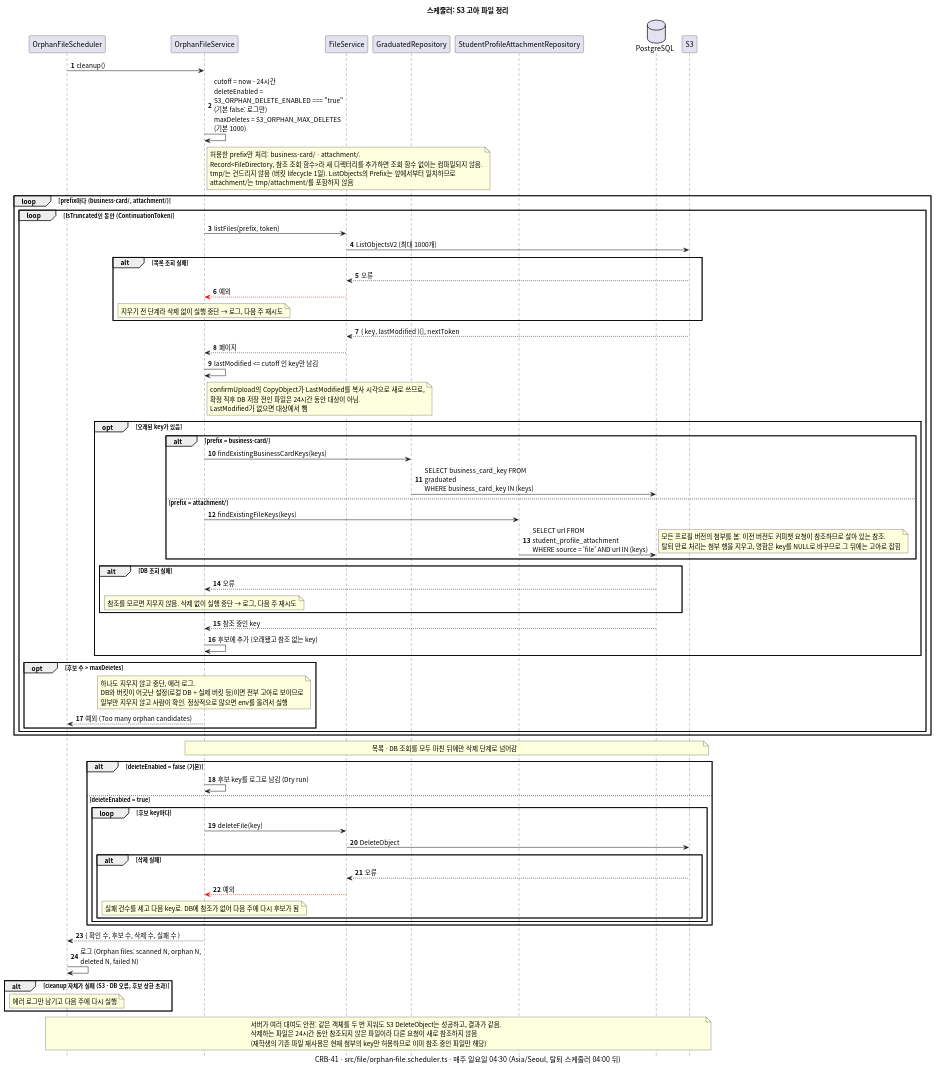
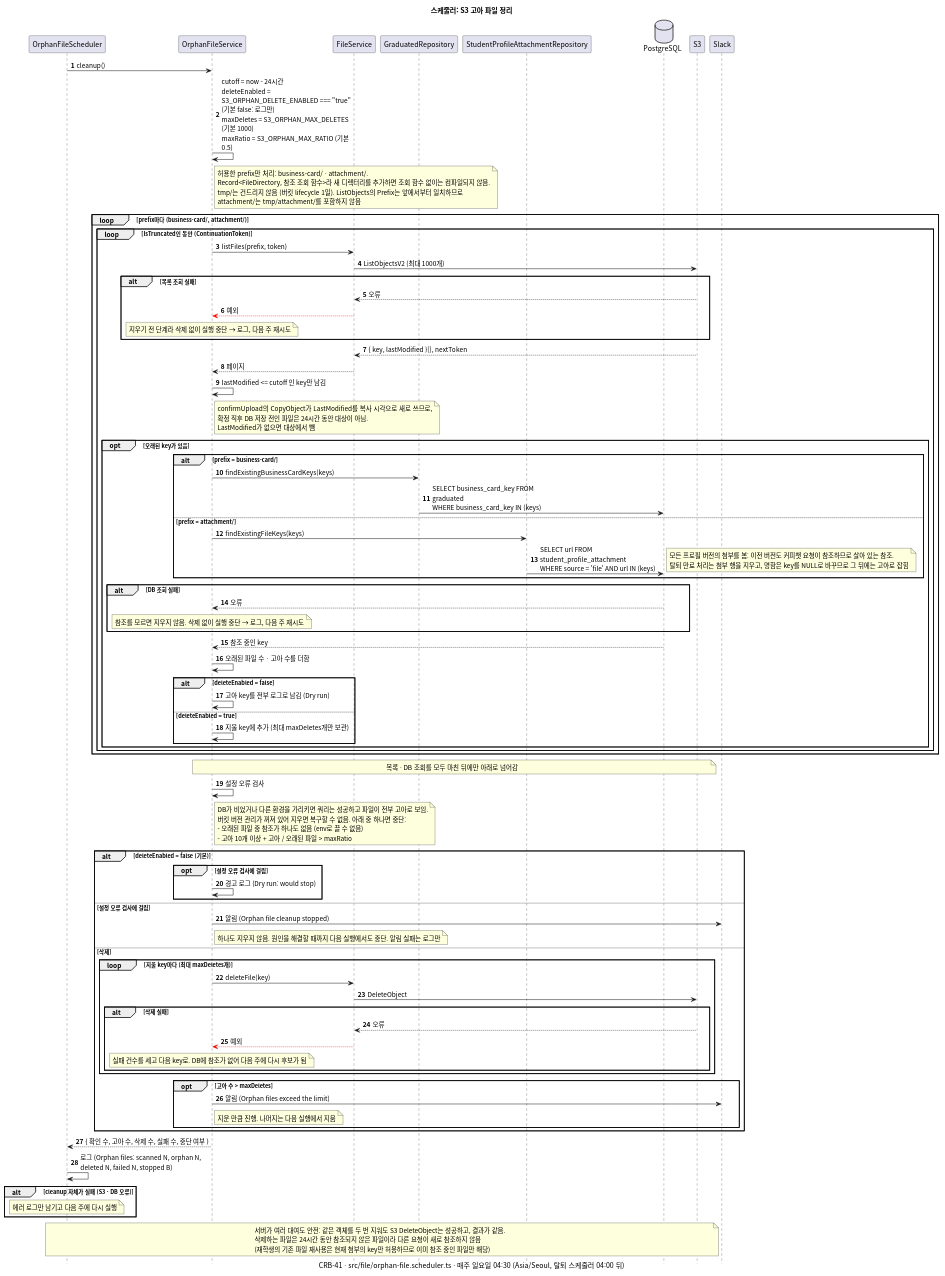
The diagram in docs/sequence/flow/s3-orphan-cleanup.puml (gsainfoteam/cheers-be), drawn with PlantUML before and after one commit. The commit also changed 6 other files, not shown here.

Commit message:
- bug: stop orphan cleanup on suspicious scans and limit deletes per run (CRB-41)

```diff
--- a/docs/sequence/flow/s3-orphan-cleanup.puml
+++ b/docs/sequence/flow/s3-orphan-cleanup.puml
@@ -1,108 +1,122 @@
 @startuml s3-orphan-cleanup
 skinparam defaultFontName "Apple SD Gothic Neo", "Noto Sans CJK KR", sans-serif
 skinparam responseMessageBelowArrow true
 skinparam sequenceMessageAlign left
 skinparam maxMessageSize 260
 skinparam BoxPadding 8
 skinparam shadowing false
 autonumber
 hide footbox
 
 title 스케줄러: S3 고아 파일 정리
 caption CRB-41 · src/file/orphan-file.scheduler.ts · 매주 일요일 04:30 (Asia/Seoul, 탈퇴 스케줄러 04:00 뒤)
 
 participant "OrphanFileScheduler" as Scheduler
 participant "OrphanFileService" as Service
 participant "FileService" as FileService
 participant "GraduatedRepository" as GraduatedRepository
 participant "StudentProfileAttachmentRepository" as AttachmentRepository
 database PostgreSQL
 participant "S3"
+participant "Slack"
 
 Scheduler -> Service: cleanup()
-Service -> Service: cutoff = now - 24시간\ndeleteEnabled = S3_ORPHAN_DELETE_ENABLED === "true" (기본 false: 로그만)\nmaxDeletes = S3_ORPHAN_MAX_DELETES (기본 1000)
+Service -> Service: cutoff = now - 24시간\ndeleteEnabled = S3_ORPHAN_DELETE_ENABLED === "true" (기본 false: 로그만)\nmaxDeletes = S3_ORPHAN_MAX_DELETES (기본 1000)\nmaxRatio = S3_ORPHAN_MAX_RATIO (기본 0.5)
 note right of Service
   허용한 prefix만 처리: business-card/ · attachment/.
   Record<FileDirectory, 참조 조회 함수>라 새 디렉터리를 추가하면 조회 함수 없이는 컴파일되지 않음.
   tmp/는 건드리지 않음 (버킷 lifecycle 1일). ListObjects의 Prefix는 앞에서부터 일치하므로
   attachment/는 tmp/attachment/를 포함하지 않음
 end note
 
 loop prefix마다 (business-card/, attachment/)
   loop IsTruncated인 동안 (ContinuationToken)
     Service -> FileService: listFiles(prefix, token)
     FileService -> S3: ListObjectsV2 (최대 1000개)
     alt 목록 조회 실패
       S3 --> FileService: 오류
       FileService -[#red]-> Service: 예외
       note over Service: 지우기 전 단계라 삭제 없이 실행 중단 → 로그, 다음 주 재시도
     end
     S3 --> FileService: { key, lastModified }[], nextToken
     FileService --> Service: 페이지
 
     Service -> Service: lastModified <= cutoff 인 key만 남김
     note right of Service
       confirmUpload의 CopyObject가 LastModified를 복사 시각으로 새로 쓰므로,
       확정 직후 DB 저장 전인 파일은 24시간 동안 대상이 아님.
       LastModified가 없으면 대상에서 뺌
     end note
 
     opt 오래된 key가 있음
       alt prefix = business-card/
         Service -> GraduatedRepository: findExistingBusinessCardKeys(keys)
         GraduatedRepository -> PostgreSQL: SELECT business_card_key FROM graduated\nWHERE business_card_key IN (keys)
       else prefix = attachment/
         Service -> AttachmentRepository: findExistingFileKeys(keys)
         AttachmentRepository -> PostgreSQL: SELECT url FROM student_profile_attachment\nWHERE source = 'file' AND url IN (keys)
         note right
           모든 프로필 버전의 첨부를 봄: 이전 버전도 커피챗 요청이 참조하므로 살아 있는 참조.
           탈퇴 만료 처리는 첨부 행을 지우고, 명함은 key를 NULL로 바꾸므로 그 뒤에는 고아로 잡힘
         end note
       end
       alt DB 조회 실패
         PostgreSQL --> Service: 오류
         note over Service: 참조를 모르면 지우지 않음. 삭제 없이 실행 중단 → 로그, 다음 주 재시도
       end
       PostgreSQL --> Service: 참조 중인 key
-      Service -> Service: 후보에 추가 (오래됐고 참조 없는 key)
-    end
-
-    opt 후보 수 > maxDeletes
-      note over Service
-        하나도 지우지 않고 중단, 에러 로그.
-        DB와 버킷이 어긋난 설정(로컬 DB + 실제 버킷 등)이면 전부 고아로 보이므로
-        일부만 지우지 않고 사람이 확인. 정상적으로 많으면 env를 올려서 실행
-      end note
-      Service --> Scheduler: 예외 (Too many orphan candidates)
+      Service -> Service: 오래된 파일 수 · 고아 수를 더함
+      alt deleteEnabled = false
+        Service -> Service: 고아 key를 전부 로그로 남김 (Dry run)
+      else deleteEnabled = true
+        Service -> Service: 지울 key에 추가 (최대 maxDeletes개만 보관)
+      end
     end
   end
 end
-note over Service, S3: 목록 · DB 조회를 모두 마친 뒤에만 삭제 단계로 넘어감
+note over Service, S3: 목록 · DB 조회를 모두 마친 뒤에만 아래로 넘어감
+
+Service -> Service: 설정 오류 검사
+note right of Service
+  DB가 비었거나 다른 환경을 가리키면 쿼리는 성공하고 파일이 전부 고아로 보임.
+  버킷 버전 관리가 꺼져 있어 지우면 복구할 수 없음. 아래 중 하나면 중단:
+  - 오래된 파일 중 참조가 하나도 없음 (env로 끌 수 없음)
+  - 고아 10개 이상 + 고아 / 오래된 파일 > maxRatio
+end note
 
 alt deleteEnabled = false (기본)
-  Service -> Service: 후보 key를 로그로 남김 (Dry run)
-else deleteEnabled = true
-  loop 후보 key마다
+  opt 설정 오류 검사에 걸림
+    Service -> Service: 경고 로그 (Dry run: would stop)
+  end
+else 설정 오류 검사에 걸림
+  Service -> Slack: 알림 (Orphan file cleanup stopped)
+  note right of Service: 하나도 지우지 않음. 원인을 해결할 때까지 다음 실행에서도 중단. 알림 실패는 로그만
+else 삭제
+  loop 지울 key마다 (최대 maxDeletes개)
     Service -> FileService: deleteFile(key)
     FileService -> S3: DeleteObject
     alt 삭제 실패
       S3 --> FileService: 오류
       FileService -[#red]-> Service: 예외
       note over Service: 실패 건수를 세고 다음 key로. DB에 참조가 없어 다음 주에 다시 후보가 됨
     end
   end
+  opt 고아 수 > maxDeletes
+    Service -> Slack: 알림 (Orphan files exceed the limit)
+    note right of Service: 지운 만큼 진행. 나머지는 다음 실행에서 지움
+  end
 end
 
-Service --> Scheduler: { 확인 수, 후보 수, 삭제 수, 실패 수 }
-Scheduler -> Scheduler: 로그 (Orphan files: scanned N, orphan N, deleted N, failed N)
-alt cleanup 자체가 실패 (S3 · DB 오류, 후보 상한 초과)
+Service --> Scheduler: { 확인 수, 고아 수, 삭제 수, 실패 수, 중단 여부 }
+Scheduler -> Scheduler: 로그 (Orphan files: scanned N, orphan N, deleted N, failed N, stopped B)
+alt cleanup 자체가 실패 (S3 · DB 오류)
   note over Scheduler: 에러 로그만 남기고 다음 주에 다시 실행
 end
 
 note over Scheduler, S3
   서버가 여러 대여도 안전: 같은 객체를 두 번 지워도 S3 DeleteObject는 성공하고, 결과가 같음.
   삭제하는 파일은 24시간 동안 참조되지 않은 파일이라 다른 요청이 새로 참조하지 않음
   (재학생의 기존 파일 재사용은 현재 첨부의 key만 허용하므로 이미 참조 중인 파일만 해당)
 end note
 
 @enduml
```
